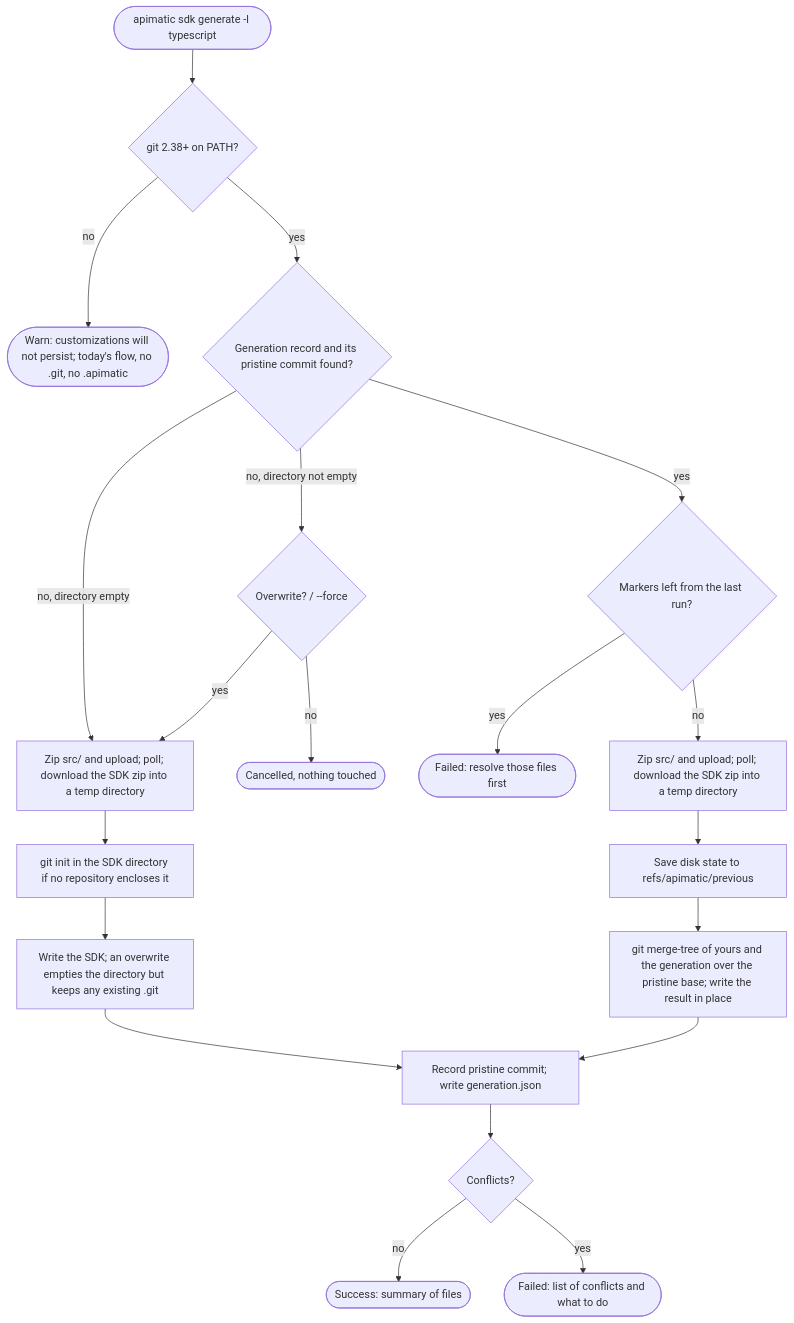
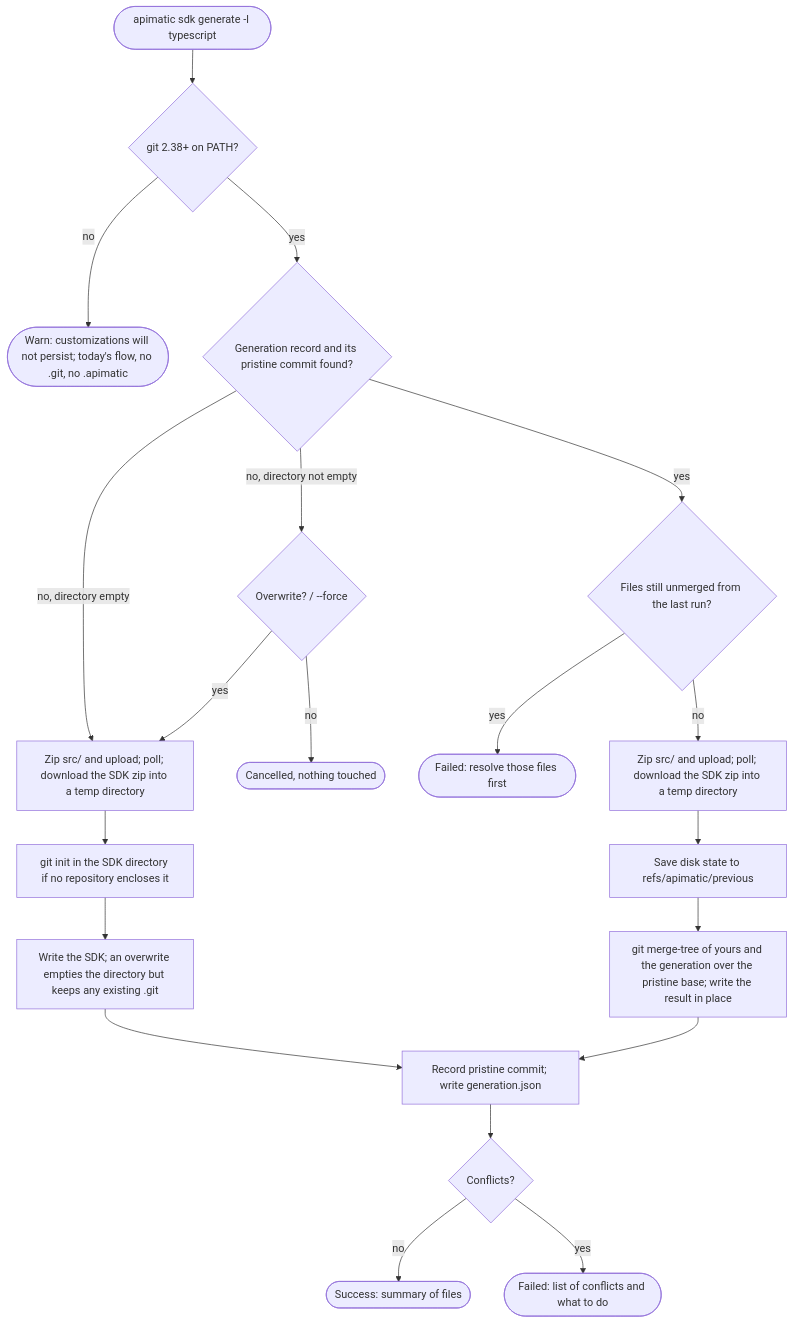
One commit to apimatic/apimatic-cli changed the first of 2 diagrams in .ai/plans/custom-code.md. Above: the diagram before and after it, drawn with Mermaid. The commit also changed other lines of this file, not shown here.

````diff
--- a/.ai/plans/custom-code.md
+++ b/.ai/plans/custom-code.md
@@ -172,22 +173,22 @@
 ```mermaid
 flowchart TD
   A([apimatic sdk generate -l typescript]) --> V{git 2.38+ on PATH?}
   V -- no --> V1([Warn: customizations will not persist; today's flow, no .git, no .apimatic])
   V -- yes --> D{Generation record and its pristine commit found?}
   D -- no, directory empty --> C1
   D -- no, directory not empty --> F{Overwrite? / --force}
   F -- no --> X([Cancelled, nothing touched])
   F -- yes --> C1[Zip src/ and upload; poll; download the SDK zip into a temp directory]
   C1 --> R1[git init in the SDK directory if no repository encloses it]
   R1 --> E[Write the SDK; an overwrite empties the directory but keeps any existing .git]
-  D -- yes --> G{Markers left from the last run?}
+  D -- yes --> G{Files still unmerged from the last run?}
   G -- yes --> Y([Failed: resolve those files first])
   G -- no --> C2[Zip src/ and upload; poll; download the SDK zip into a temp directory]
   C2 --> H[Save disk state to refs/apimatic/previous]
   H --> I[git merge-tree of yours and the generation over the pristine base; write the result in place]
   E --> J[Record pristine commit; write generation.json]
   I --> J
   J --> K{Conflicts?}
   K -- no --> S([Success: summary of files])
   K -- yes --> T([Failed: list of conflicts and what to do])
 ```
````
